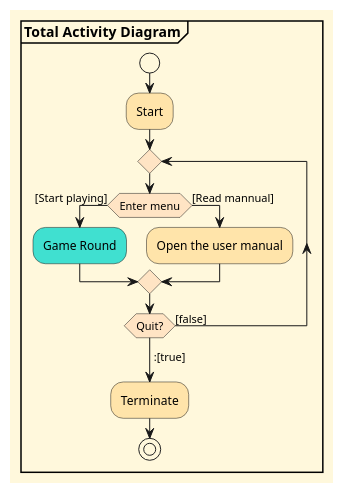
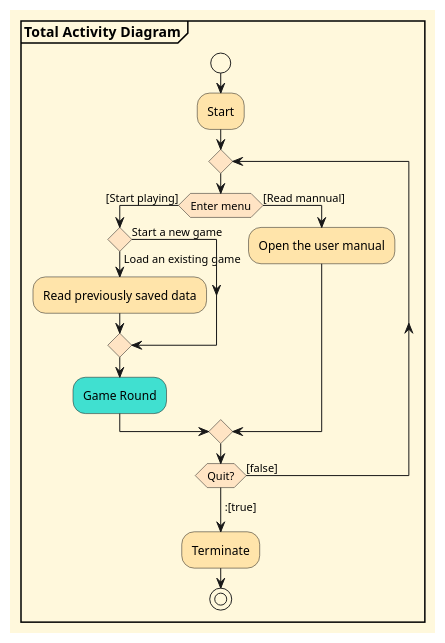
One commit to Edo-kawa/SE-Project changed the diagram in src/main/UML/Total Activity Diagram.puml. Above: the diagram before and after it, drawn with PlantUML. The commit also changed 3 other files, not shown here.

Commit message:
Update the diagrams

```diff
--- a/src/main/UML/Total Activity Diagram.puml
+++ b/src/main/UML/Total Activity Diagram.puml
@@ -1,31 +1,36 @@
 @startuml
 'https://plantuml.com/activity-diagram-beta
 
 partition "**Total Activity Diagram**"
 
 <style>
 activityDiagram {
   BackgroundColor #FFF8DC
   BorderColor #FFFFFF
 
   diamond {
     BackgroundColor #FFE4C4
   }
 }
 </style>
 
 start
 #FFE4AA:Start;
 repeat
 if (Enter menu) then ([Start playing])
+    if () then (Start a new game)
+
+    else (Load an existing game)
+        #FFE4AA:Read previously saved data;
+    endif
     #40E0D0:Game Round;
 else ([Read mannual])
     #FFE4AA:Open the user manual;
 endif
 repeat while (Quit?) is ([false])
 ->:[true];
 #FFE4AA:Terminate;
 
 stop
 
 @enduml
```
